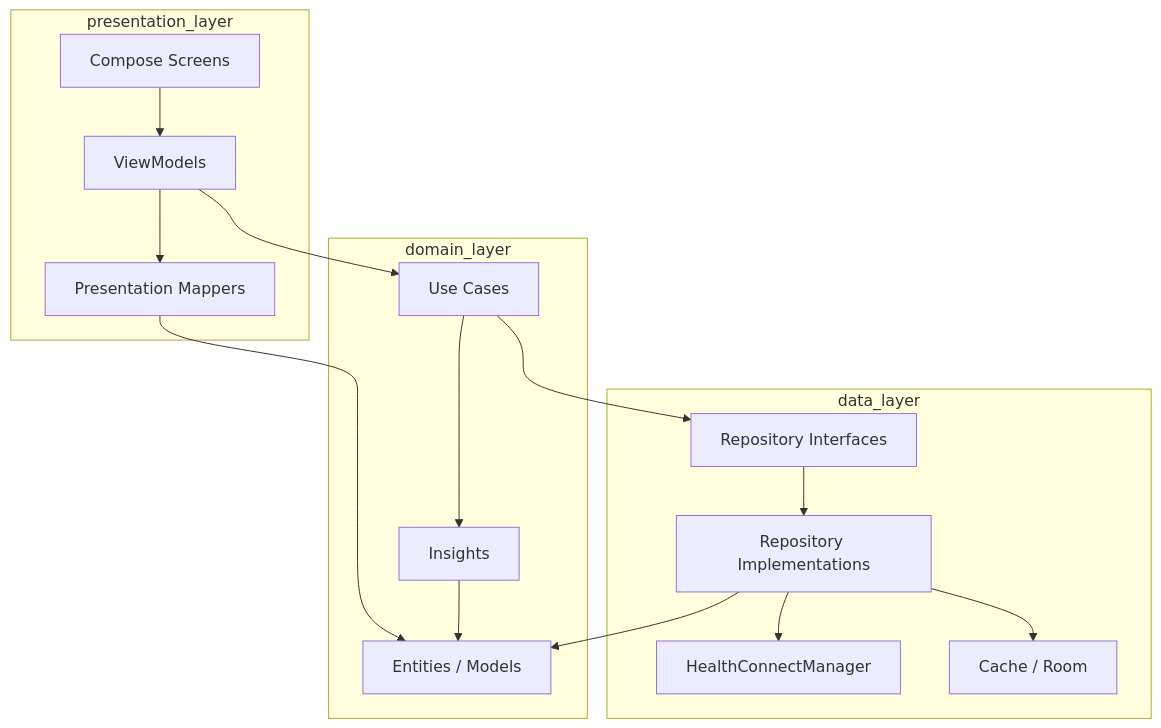
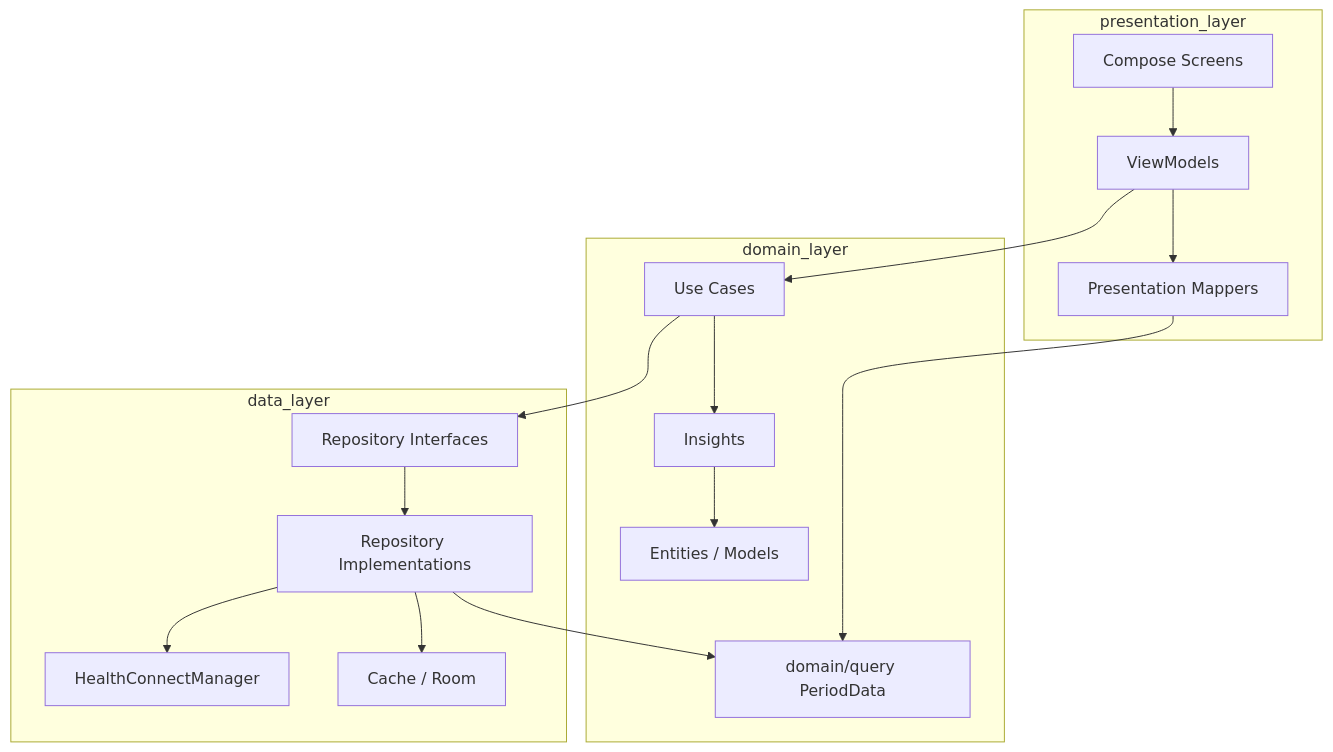
One commit to mmarca-tech/OpenVitals changed the diagram in docs/analysis/clean-architecture-refactor.md. Above: the diagram before and after it, drawn with Mermaid. The commit also changed other lines of this file and 68 other files, not shown here.

````diff
--- a/docs/analysis/clean-architecture-refactor.md
+++ b/docs/analysis/clean-architecture-refactor.md
@@ -164,31 +117,32 @@
 ```mermaid
 flowchart TB
     subgraph presentation_layer
         UI[Compose Screens]
         VM[ViewModels]
         Map[Presentation Mappers]
     end
     subgraph domain_layer
         UC[Use Cases]
         Ent[Entities / Models]
+        Query[domain/query PeriodData]
         Ins[Insights]
     end
     subgraph data_layer
         RepoI[Repository Interfaces]
         RepoImpl[Repository Implementations]
         HC[HealthConnectManager]
         Room[Cache / Room]
     end
 
     UI --> VM
     VM --> Map
     VM --> UC
     UC --> RepoI
     UC --> Ins
     RepoI --> RepoImpl
     RepoImpl --> HC
     RepoImpl --> Room
-    RepoImpl --> Ent
-    Map --> Ent
+    RepoImpl --> Query
+    Map --> Query
     Ins --> Ent
 ```
````
